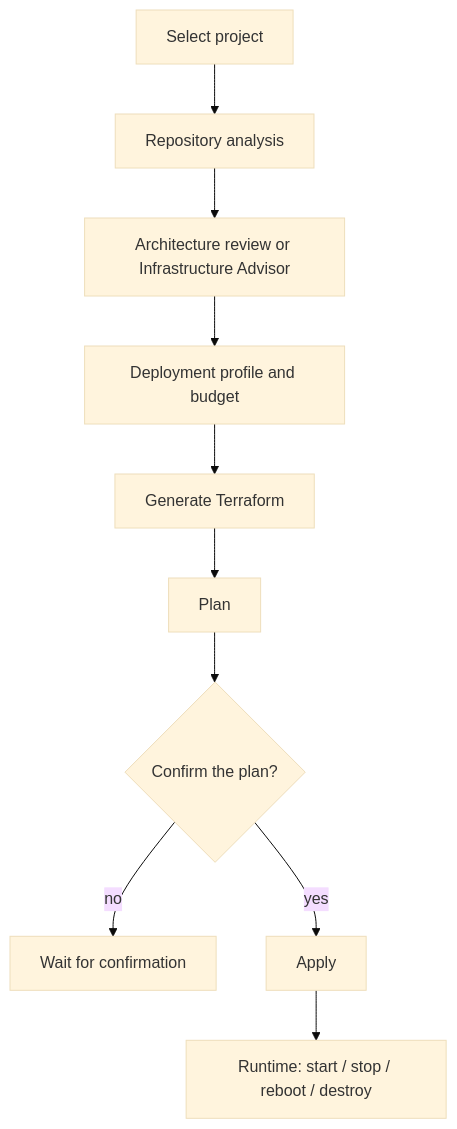
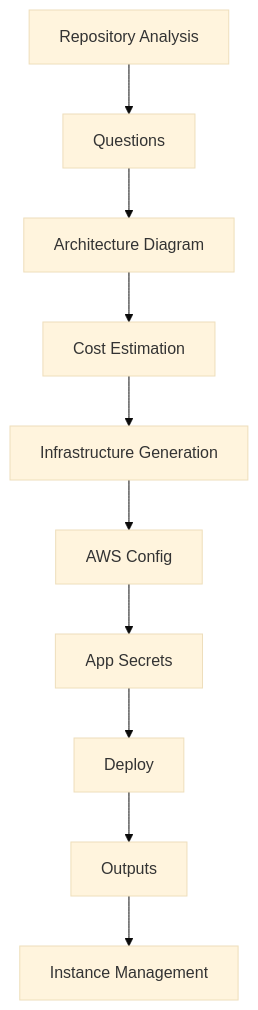
One commit to adityajayashankar/Deplai changed the first of 3 diagrams in docs/guide/agents/deploy.md. Above: the diagram before and after it, drawn with Mermaid (base theme). The commit also changed other lines of this file and 20 other files, not shown here.

````diff
--- a/docs/guide/agents/deploy.md
+++ b/docs/guide/agents/deploy.md
@@ -5,12 +13,12 @@
 ```mermaid
 flowchart TD
-  A[Select project] --> B[Repository analysis]
-  B --> C[Architecture review or Infrastructure Advisor]
-  C --> D[Deployment profile and budget]
-  D --> E[Generate Terraform]
-  E --> F[Plan]
-  F --> G{Confirm the plan?}
-  G -->|no| H[Wait for confirmation]
-  G -->|yes| I[Apply]
-  I --> J[Runtime: start / stop / reboot / destroy]
+  A[Repository Analysis] --> B[Questions]
+  B --> C[Architecture Diagram]
+  C --> D[Cost Estimation]
+  D --> E[Infrastructure Generation]
+  E --> F[AWS Config]
+  F --> G[App Secrets]
+  G --> H[Deploy]
+  H --> I[Outputs]
+  I --> J[Instance Management]
 ```
````
